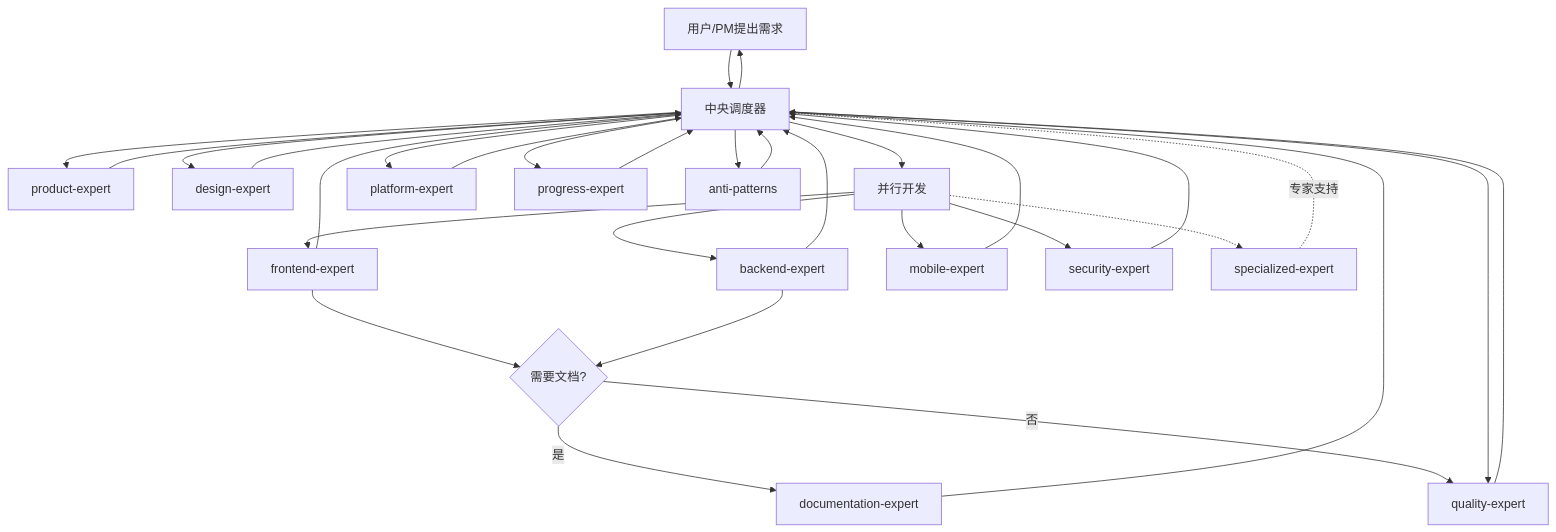
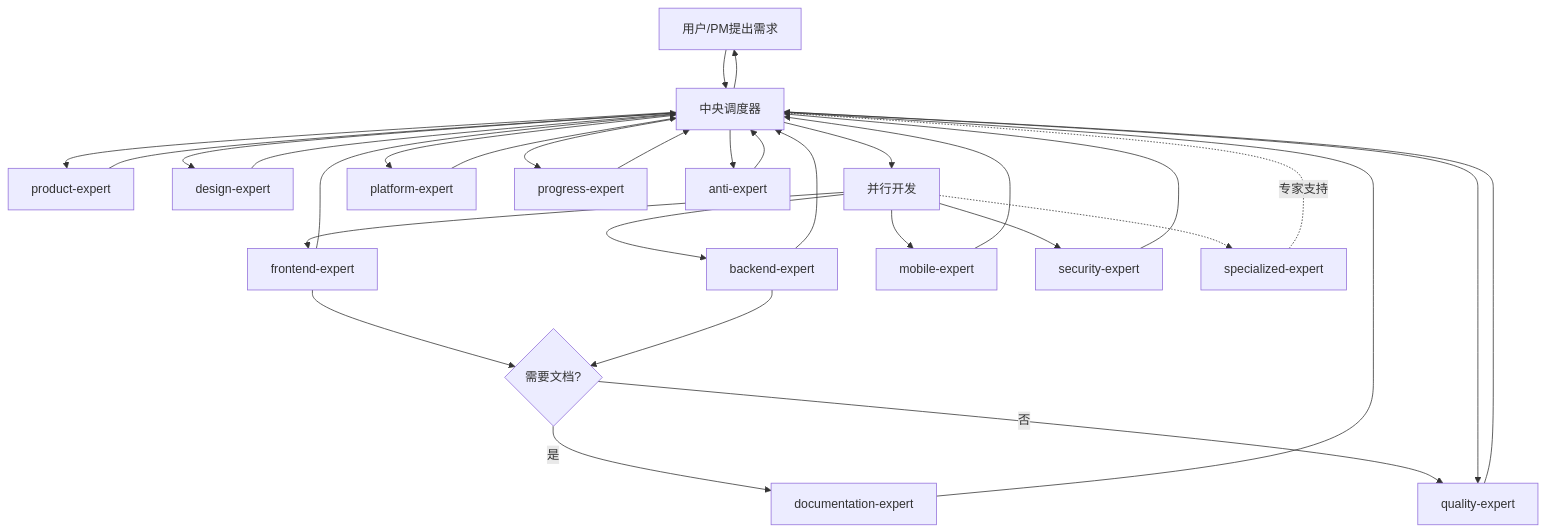
Before and after one commit to Tooooommy/Trae-Workflow: the second of 3 diagrams in skills/use-workflow/SKILL.md, drawn with Mermaid. The commit also changed other lines of this file and 2 other files, not shown here.

Commit message:
refactor: rename anti-patterns to anti-expert

````diff
--- a/skills/use-workflow/SKILL.md
+++ b/skills/use-workflow/SKILL.md
@@ -80,43 +79,43 @@
 ```mermaid
 flowchart TD
     User[用户/PM提出需求] --> Orchestrator[中央调度器]
 
     Orchestrator --> Product[product-expert]
     Product --> Orchestrator
 
     Orchestrator --> Design[design-expert]
     Design --> Orchestrator
 
     Orchestrator --> ParallelDev[并行开发]
     ParallelDev --> FE[frontend-expert]
     ParallelDev --> BE[backend-expert]
     ParallelDev --> Mobile[mobile-expert]
     ParallelDev --> Security[security-expert]
     ParallelDev -.-> Expert[specialized-expert]
 
     FE --> DocReq{需要文档?}
     BE --> DocReq
     DocReq -->|是| Doc[documentation-expert]
     DocReq -->|否| QA
 
     FE --> Orchestrator
     BE --> Orchestrator
     Mobile --> Orchestrator
     Security --> Orchestrator
     Expert -. 专家支持 .-> Orchestrator
     Doc --> Orchestrator
 
     Orchestrator --> QA[quality-expert]
     QA --> Orchestrator
 
     Orchestrator --> Ops[platform-expert]
     Ops --> Orchestrator
 
     Orchestrator --> Progress[progress-expert]
     Progress --> Orchestrator
 
-    Orchestrator --> Anti[anti-patterns]
+    Orchestrator --> Anti[anti-expert]
     Anti --> Orchestrator
 
     Orchestrator --> User
 ```
````
